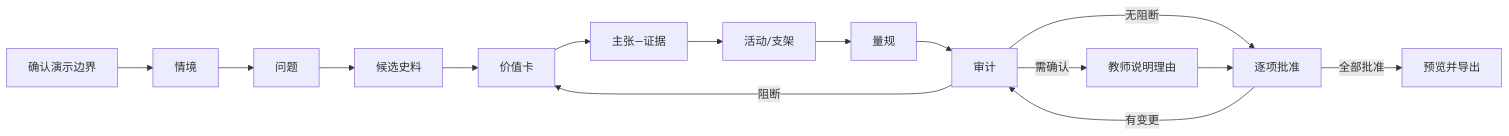
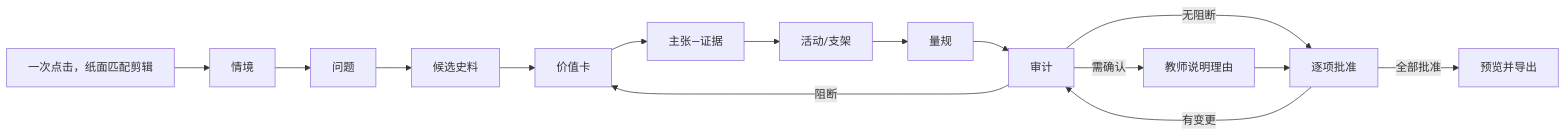
Before and after one commit to xiaoshiguopan/tracepbl: the diagram in docs/03-frontend-design/USER-FLOWS.md, drawn with Mermaid. The commit also changed other lines of this file and 58 other files, not shown here.

````diff
--- a/docs/03-frontend-design/USER-FLOWS.md
+++ b/docs/03-frontend-design/USER-FLOWS.md
@@ -119,17 +119,17 @@
 ```mermaid
 flowchart LR
-  A[确认演示边界] --> B[情境]
+  A[一次点击，纸面匹配剪辑] --> B[情境]
   B --> C[问题]
   C --> D[候选史料]
   D --> E[价值卡]
   E --> F[主张—证据]
   F --> G[活动/支架]
   G --> H[量规]
   H --> I[审计]
   I -->|阻断| E
   I -->|需确认| J[教师说明理由]
   I -->|无阻断| K[逐项批准]
   J --> K
   K -->|有变更| I
   K -->|全部批准| L[预览并导出]
 ```
````
